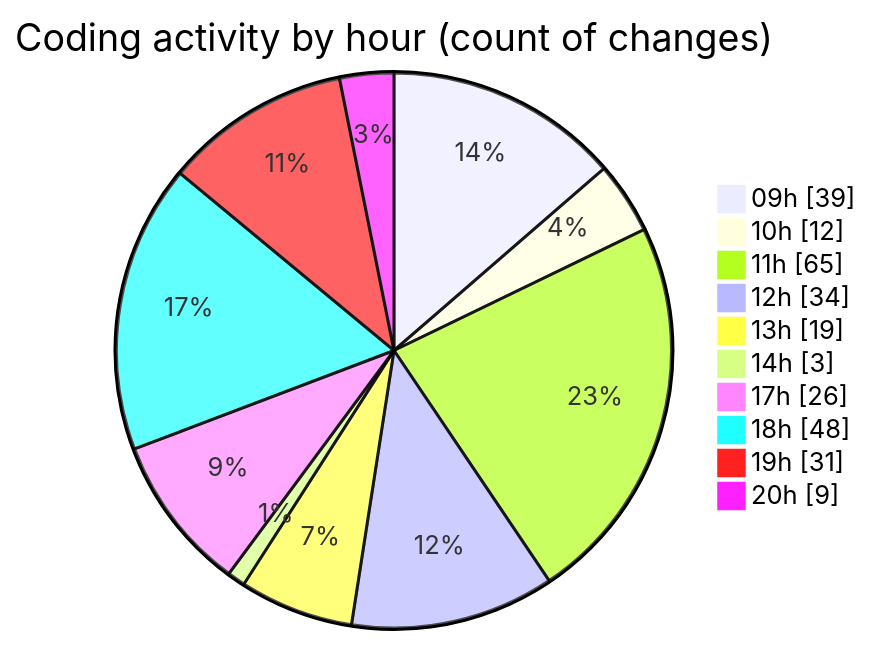
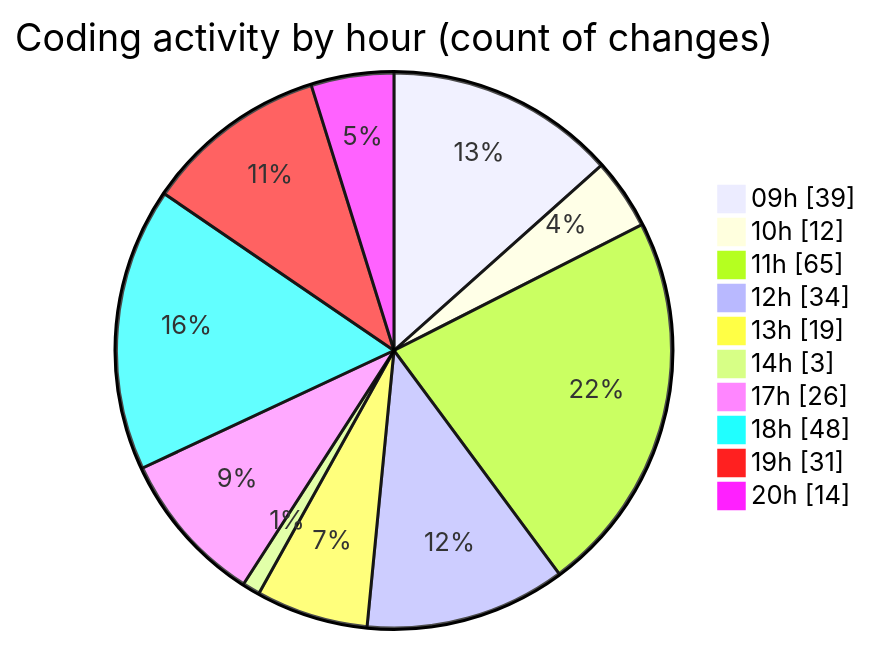
Before and after one commit to momahboobian/code-tracking: the second of 2 diagrams in 2025-03-04/cda/README.md, drawn with Mermaid. The commit also changed other lines of this file and 1 other file, not shown here.

````diff
--- a/2025-03-04/cda/README.md
+++ b/2025-03-04/cda/README.md
@@ -42,14 +44,14 @@
 ```mermaid
 pie showData
 title Coding activity by hour (count of changes)
 "09h" : 39
 "10h" : 12
 "11h" : 65
 "12h" : 34
 "13h" : 19
 "14h" : 3
 "17h" : 26
 "18h" : 48
 "19h" : 31
-"20h" : 9
+"20h" : 14
 ```
````
